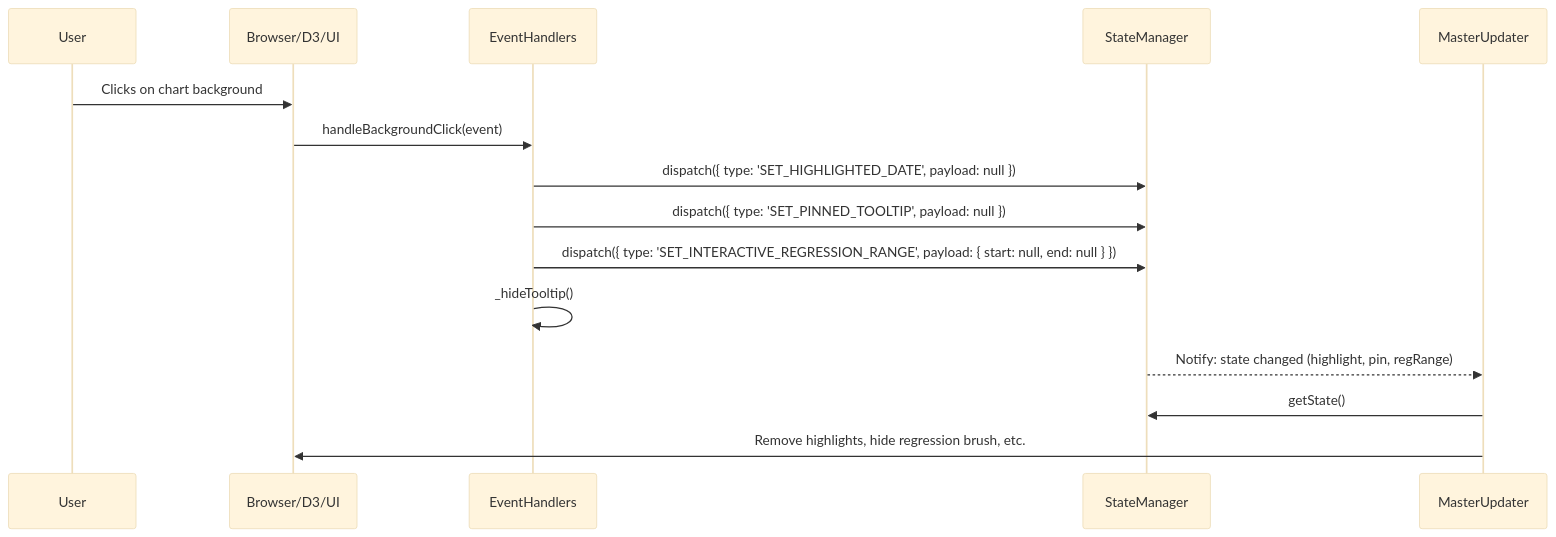
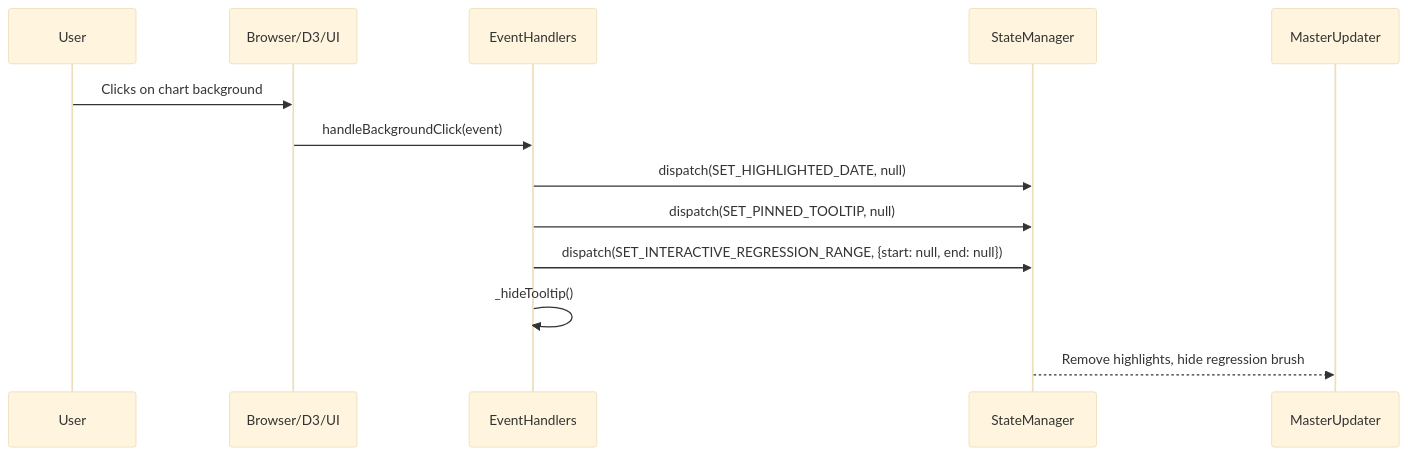
The fourth of 18 diagrams in frontend/docs/program_flow.md (tomaszkaliciak/weight-insider), drawn with Mermaid (base theme) before and after one commit. The commit also changed other lines of this file and 82 other files, not shown here.

````diff
--- a/frontend/docs/program_flow.md
+++ b/frontend/docs/program_flow.md
@@ -128,18 +137,16 @@
 ```mermaid
 sequenceDiagram
     participant User
     participant Browser/D3/UI
     participant EventHandlers
     participant StateManager
     participant MasterUpdater
 
     User->>Browser/D3/UI: Clicks on chart background
     Browser/D3/UI->>EventHandlers: handleBackgroundClick(event)
-    EventHandlers->>StateManager: dispatch({ type: 'SET_HIGHLIGHTED_DATE', payload: null })
-    EventHandlers->>StateManager: dispatch({ type: 'SET_PINNED_TOOLTIP', payload: null })
-    EventHandlers->>StateManager: dispatch({ type: 'SET_INTERACTIVE_REGRESSION_RANGE', payload: { start: null, end: null } })
+    EventHandlers->>StateManager: dispatch(SET_HIGHLIGHTED_DATE, null)
+    EventHandlers->>StateManager: dispatch(SET_PINNED_TOOLTIP, null)
+    EventHandlers->>StateManager: dispatch(SET_INTERACTIVE_REGRESSION_RANGE, {start: null, end: null})
     EventHandlers->>EventHandlers: _hideTooltip()
-    StateManager-->>MasterUpdater: Notify: state changed (highlight, pin, regRange)
-    MasterUpdater->>StateManager: getState()
-    MasterUpdater->>Browser/D3/UI: Remove highlights, hide regression brush, etc.
+    StateManager-->>MasterUpdater: Remove highlights, hide regression brush
 ```
````
